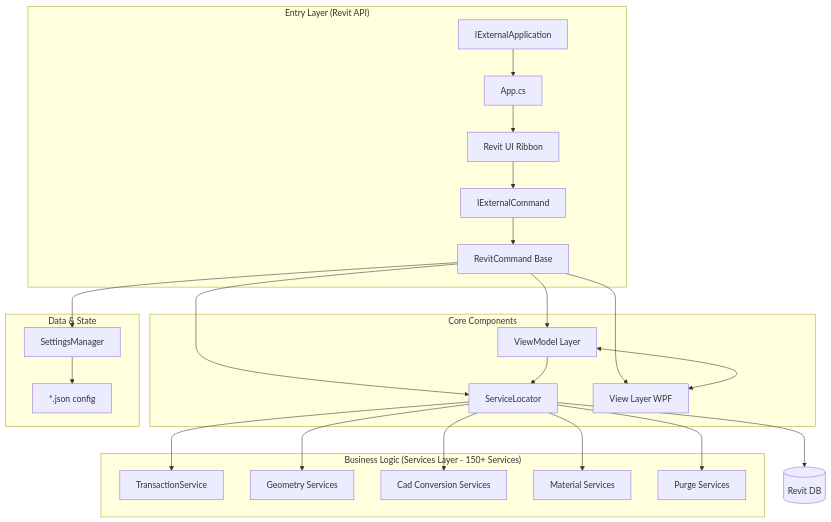
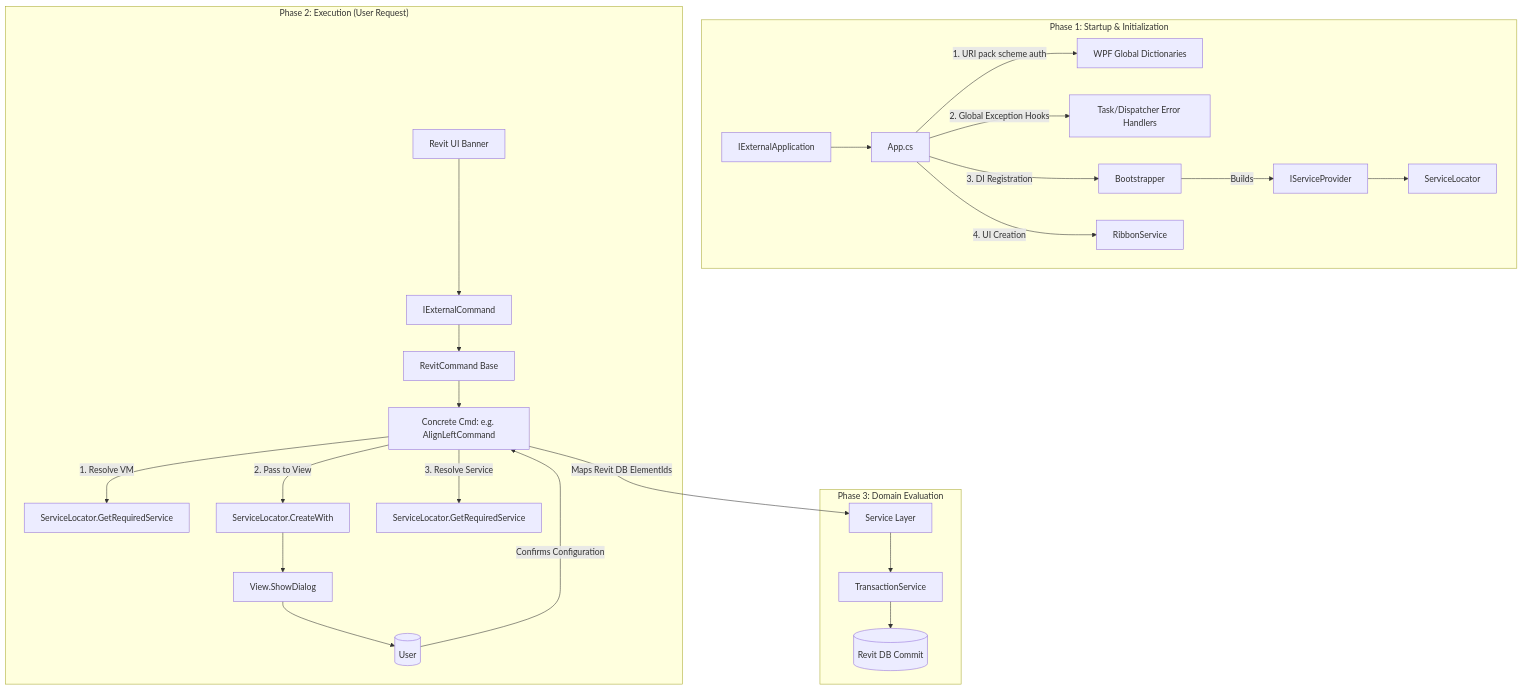
The diagram in .gsd/ARCHITECTURE.md (lecgarq/LECGrvt), drawn with Mermaid before and after one commit. The commit also changed other lines of this file and 1 other file, not shown here.

Commit message:
docs: deeply extend architecture and stack details

````diff
--- a/.gsd/ARCHITECTURE.md
+++ b/.gsd/ARCHITECTURE.md
@@ -9,32 +9,32 @@
 ```mermaid
 graph TD
-    subgraph "Entry Layer (Revit API)"
-        EA[IExternalApplication] --> APP[App.cs]
-        APP --> Ribbon[Revit UI Ribbon]
-        Ribbon --> EC[IExternalCommand]
-        EC --> RC[RevitCommand Base]
+    subgraph "Phase 1: Startup & Initialization"
+        IApp[IExternalApplication] --> APP[App.cs]
+        APP --> |1. URI pack scheme auth| WPF_Dict[WPF Global Dictionaries]
+        APP --> |2. Global Exception Hooks| GEH[Task/Dispatcher Error Handlers]
+        APP --> |3. DI Registration| Bootstrapper
+        Bootstrapper --> |Builds| IServiceProvider
+        IServiceProvider --> ServiceLocator
+        APP --> |4. UI Creation| RibbonService
     end
 
-    subgraph "Core Components"
-        RC --> SL[ServiceLocator]
-        RC --> VM[ViewModel Layer]
-        RC --> V[View Layer WPF]
+    subgraph "Phase 2: Execution (User Request)"
+        Ribbon[Revit UI Banner] --> EC[IExternalCommand]
+        EC --> RC[RevitCommand Base]
+        RC --> Command[Concrete Cmd: e.g. AlignLeftCommand]
+        
+        Command --> |1. Resolve VM| SL_VM[ServiceLocator.GetRequiredService]
+        Command --> |2. Pass to View| SL_V[ServiceLocator.CreateWith]
+        Command --> |3. Resolve Service| SL_S[ServiceLocator.GetRequiredService]
+        
+        SL_V --> WPF_Window[View.ShowDialog]
+        WPF_Window --> User[(User)]
     end
 
-    subgraph "Business Logic (Services Layer - 150+ Services)"
-        SL --> TS[TransactionService]
-        SL --> GeomS[Geometry Services]
-        SL --> CadS[Cad Conversion Services]
-        SL --> MatS[Material Services]
-        SL --> PurS[Purge Services]
+    subgraph "Phase 3: Domain Evaluation"
+        User --> |Confirms Configuration| Command
+        Command --> |Maps Revit DB ElementIds| Domain[Service Layer]
+        Domain --> TS[TransactionService]
+        TS --> RDB[(Revit DB Commit)]
     end
-
-    subgraph "Data & State"
-        RC --> SM[SettingsManager]
-        SM --> JSON[*.json config]
-    end
-
-    VM <--> V
-    VM --> SL
-    SL --> DB[(Revit DB)]
 ```
````
